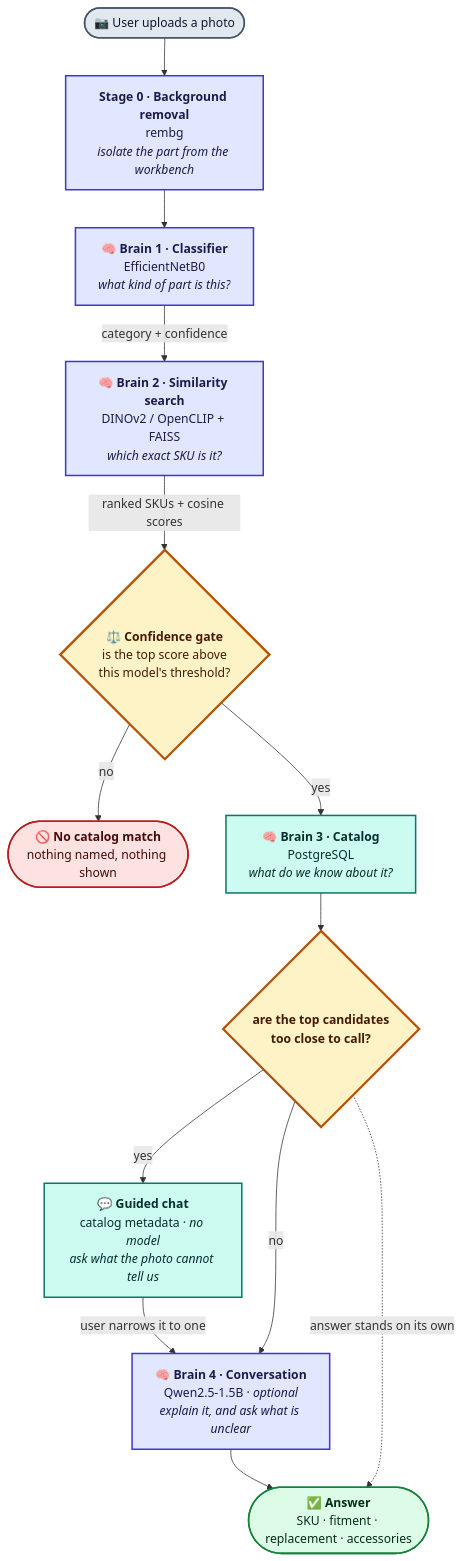
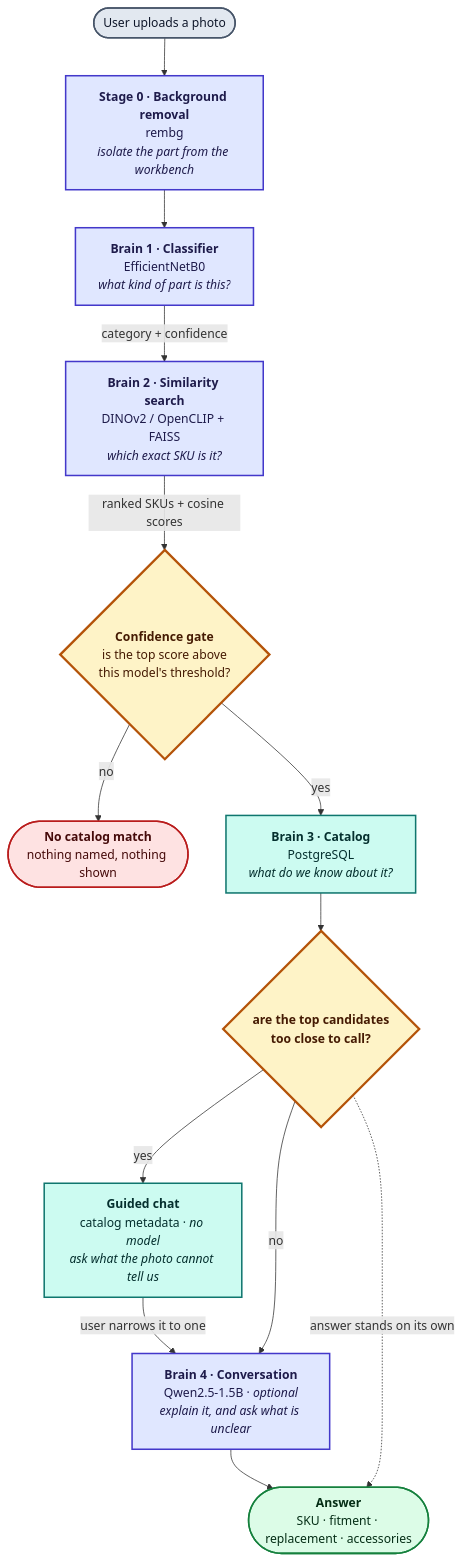
Before and after one commit to zubariyasulekaz/Parts-Detection-Hackathon: the diagram in README.md, drawn with Mermaid. The commit also changed other lines of this file and 17 other files, not shown here.

````diff
--- a/README.md
+++ b/README.md
@@ -219,44 +226,44 @@
 ```mermaid
 flowchart TD
-    U(["📷 User uploads a photo"]) --> BG
+    U(["User uploads a photo"]) --> BG
 
     BG["<b>Stage 0 · Background removal</b><br/>rembg<br/><i>isolate the part from the workbench</i>"]
     BG --> B1
 
-    B1["<b>🧠 Brain 1 · Classifier</b><br/>EfficientNetB0<br/><i>what kind of part is this?</i>"]
+    B1["<b>Brain 1 · Classifier</b><br/>EfficientNetB0<br/><i>what kind of part is this?</i>"]
     B1 -->|"category + confidence"| B2
 
-    B2["<b>🧠 Brain 2 · Similarity search</b><br/>DINOv2 / OpenCLIP + FAISS<br/><i>which exact SKU is it?</i>"]
+    B2["<b>Brain 2 · Similarity search</b><br/>DINOv2 / OpenCLIP + FAISS<br/><i>which exact SKU is it?</i>"]
     B2 -->|"ranked SKUs + cosine scores"| GATE
 
-    GATE{"<b>⚖️ Confidence gate</b><br/>is the top score above<br/>this model's threshold?"}
-    GATE -->|"no"| REFUSE(["<b>🚫 No catalog match</b><br/>nothing named, nothing shown"])
+    GATE{"<b>Confidence gate</b><br/>is the top score above<br/>this model's threshold?"}
+    GATE -->|"no"| REFUSE(["<b>No catalog match</b><br/>nothing named, nothing shown"])
     GATE -->|"yes"| B3
 
-    B3["<b>🧠 Brain 3 · Catalog</b><br/>PostgreSQL<br/><i>what do we know about it?</i>"]
+    B3["<b>Brain 3 · Catalog</b><br/>PostgreSQL<br/><i>what do we know about it?</i>"]
     B3 --> TIE
 
     TIE{"<b>are the top candidates<br/>too close to call?</b>"}
-    TIE -->|"yes"| CHAT["<b>💬 Guided chat</b><br/>catalog metadata · <i>no model</i><br/><i>ask what the photo cannot tell us</i>"]
+    TIE -->|"yes"| CHAT["<b>Guided chat</b><br/>catalog metadata · <i>no model</i><br/><i>ask what the photo cannot tell us</i>"]
     CHAT -->|"user narrows it to one"| B4
     TIE -->|"no"| B4
 
-    B4["<b>🧠 Brain 4 · Conversation</b><br/>Qwen2.5-1.5B · <i>optional</i><br/><i>explain it, and ask what is unclear</i>"]
-    B4 --> OUT(["<b>✅ Answer</b><br/>SKU · fitment · replacement · accessories"])
+    B4["<b>Brain 4 · Conversation</b><br/>Qwen2.5-1.5B · <i>optional</i><br/><i>explain it, and ask what is unclear</i>"]
+    B4 --> OUT(["<b>Answer</b><br/>SKU · fitment · replacement · accessories"])
 
     TIE -.->|"answer stands on its own"| OUT
 
     classDef model fill:#e0e7ff,stroke:#4338ca,stroke-width:2px,color:#1e1b4b
     classDef data fill:#ccfbf1,stroke:#0f766e,stroke-width:2px,color:#042f2e
     classDef gate fill:#fef3c7,stroke:#b45309,stroke-width:3px,color:#451a03
     classDef bad fill:#fee2e2,stroke:#b91c1c,stroke-width:2px,color:#450a0a
     classDef good fill:#dcfce7,stroke:#15803d,stroke-width:2px,color:#052e16
     classDef io fill:#e2e8f0,stroke:#475569,stroke-width:2px,color:#0f172a
 
     class BG,B1,B2,B4 model
     class B3,CHAT data
     class GATE,TIE gate
     class REFUSE bad
     class OUT good
     class U io
 ```
````
